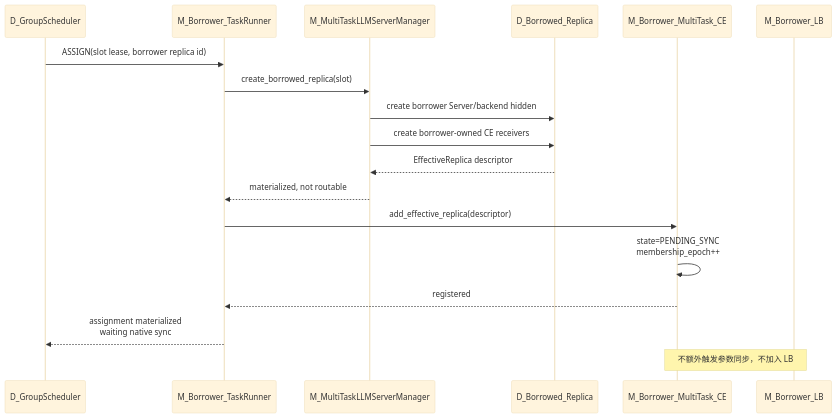
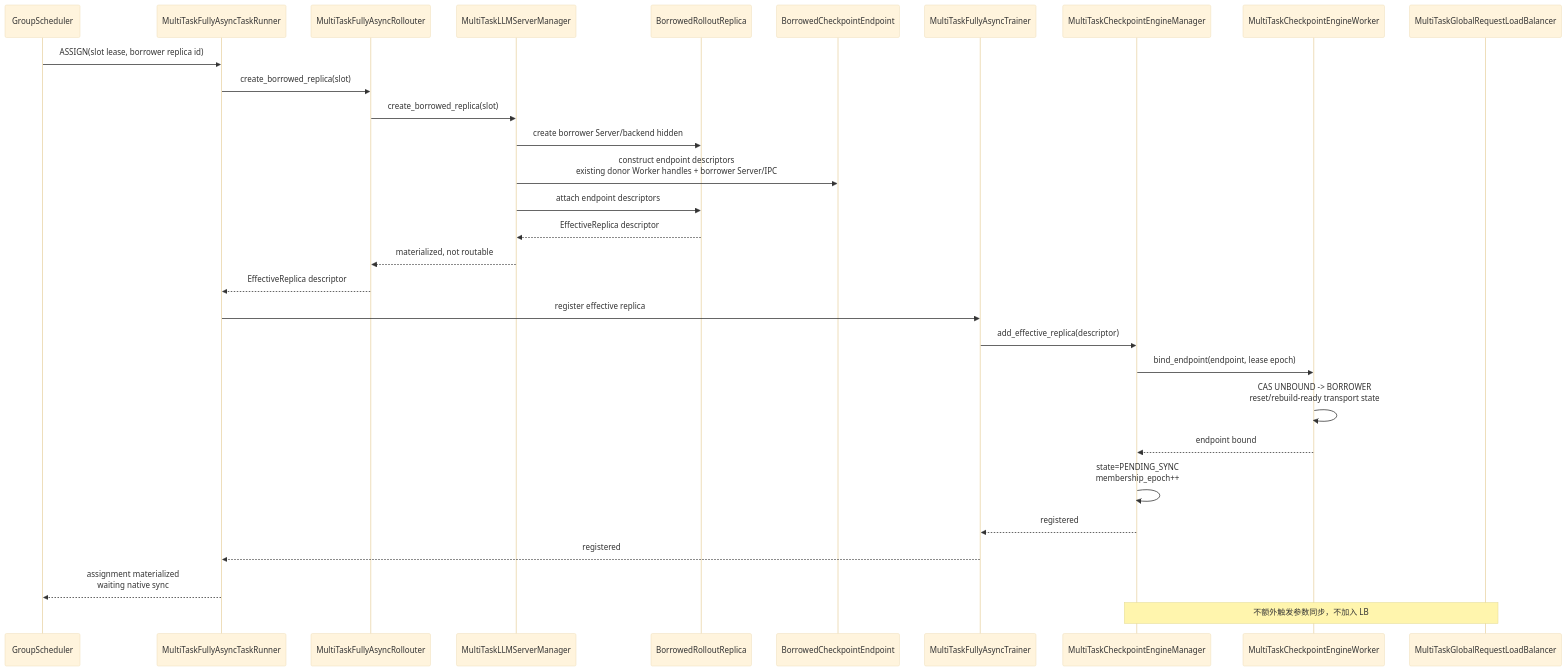
One commit to niuypei/multi_task_verl changed the tenth of 13 diagrams in multi_task_scheduler/STANDALONE.md. Above: the diagram before and after it, drawn with Mermaid (base theme). The commit also changed other lines of this file and 4 other files, not shown here.

Commit message:
docs: refine standalone multi-task resource sharing RFC

````diff
--- a/multi_task_scheduler/STANDALONE.md
+++ b/multi_task_scheduler/STANDALONE.md
@@ -927,21 +1860,33 @@
 ```mermaid
 sequenceDiagram
-    participant GS as D_GroupScheduler
-    participant BTR as M_Borrower_TaskRunner
-    participant BM as M_MultiTaskLLMServerManager
-    participant BR as D_Borrowed_Replica
-    participant BCE as M_Borrower_MultiTask_CE
-    participant BLB as M_Borrower_LB
+    participant GS as GroupScheduler
+    participant BTR as MultiTaskFullyAsyncTaskRunner
+    participant R as MultiTaskFullyAsyncRollouter
+    participant BM as MultiTaskLLMServerManager
+    participant BR as BorrowedRolloutReplica
+    participant BEP as BorrowedCheckpointEndpoint
+    participant T as MultiTaskFullyAsyncTrainer
+    participant BCE as MultiTaskCheckpointEngineManager
+    participant CW as MultiTaskCheckpointEngineWorker
+    participant BLB as MultiTaskGlobalRequestLoadBalancer
 
     GS->>BTR: ASSIGN(slot lease, borrower replica id)
-    BTR->>BM: create_borrowed_replica(slot)
+    BTR->>R: create_borrowed_replica(slot)
+    R->>BM: create_borrowed_replica(slot)
     BM->>BR: create borrower Server/backend hidden
-    BM->>BR: create borrower-owned CE receivers
+    BM->>BEP: construct endpoint descriptors<br/>existing donor Worker handles + borrower Server/IPC
+    BM->>BR: attach endpoint descriptors
     BR-->>BM: EffectiveReplica descriptor
-    BM-->>BTR: materialized, not routable
-    BTR->>BCE: add_effective_replica(descriptor)
+    BM-->>R: materialized, not routable
+    R-->>BTR: EffectiveReplica descriptor
+    BTR->>T: register effective replica
+    T->>BCE: add_effective_replica(descriptor)
+    BCE->>CW: bind_endpoint(endpoint, lease epoch)
+    CW->>CW: CAS UNBOUND -> BORROWER<br/>reset/rebuild-ready transport state
+    CW-->>BCE: endpoint bound
     BCE->>BCE: state=PENDING_SYNC<br/>membership_epoch++
-    BCE-->>BTR: registered
+    BCE-->>T: registered
+    T-->>BTR: registered
     BTR-->>GS: assignment materialized<br/>waiting native sync
     Note over BCE,BLB: 不额外触发参数同步，不加入 LB
 ```
````
